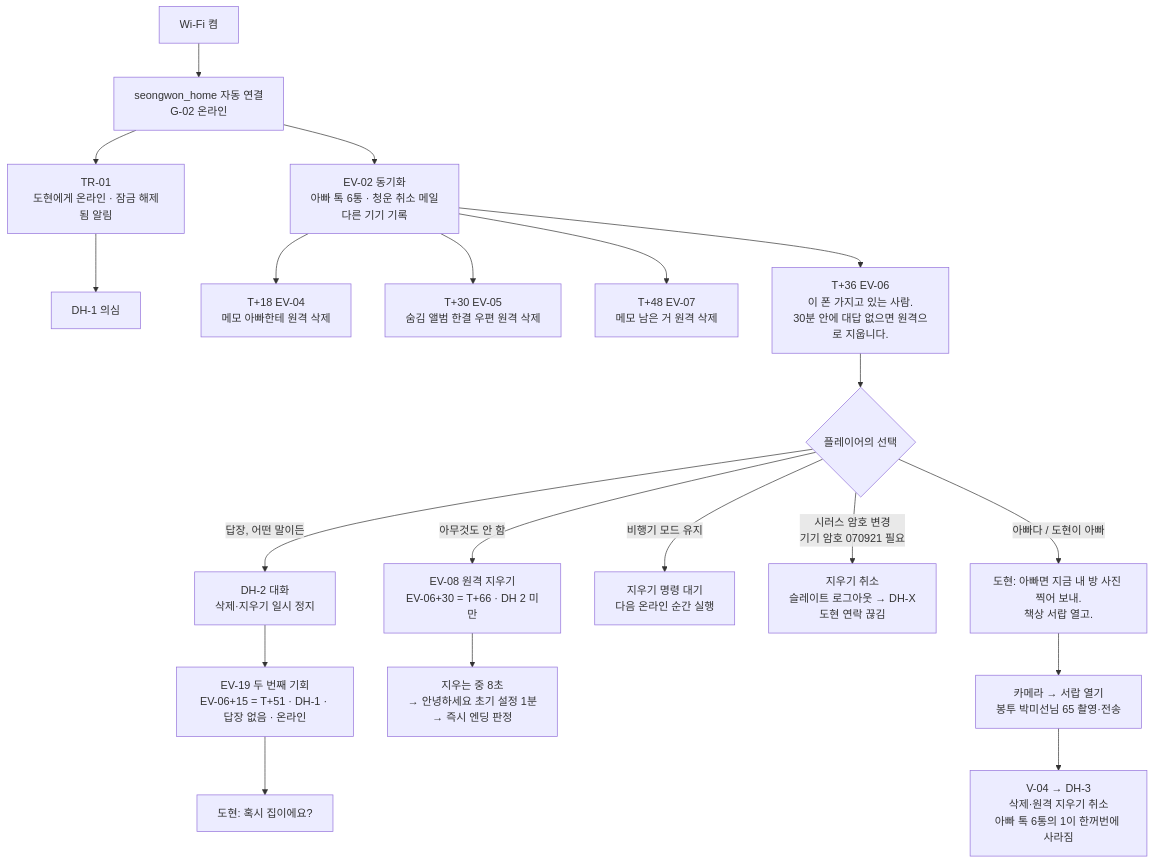
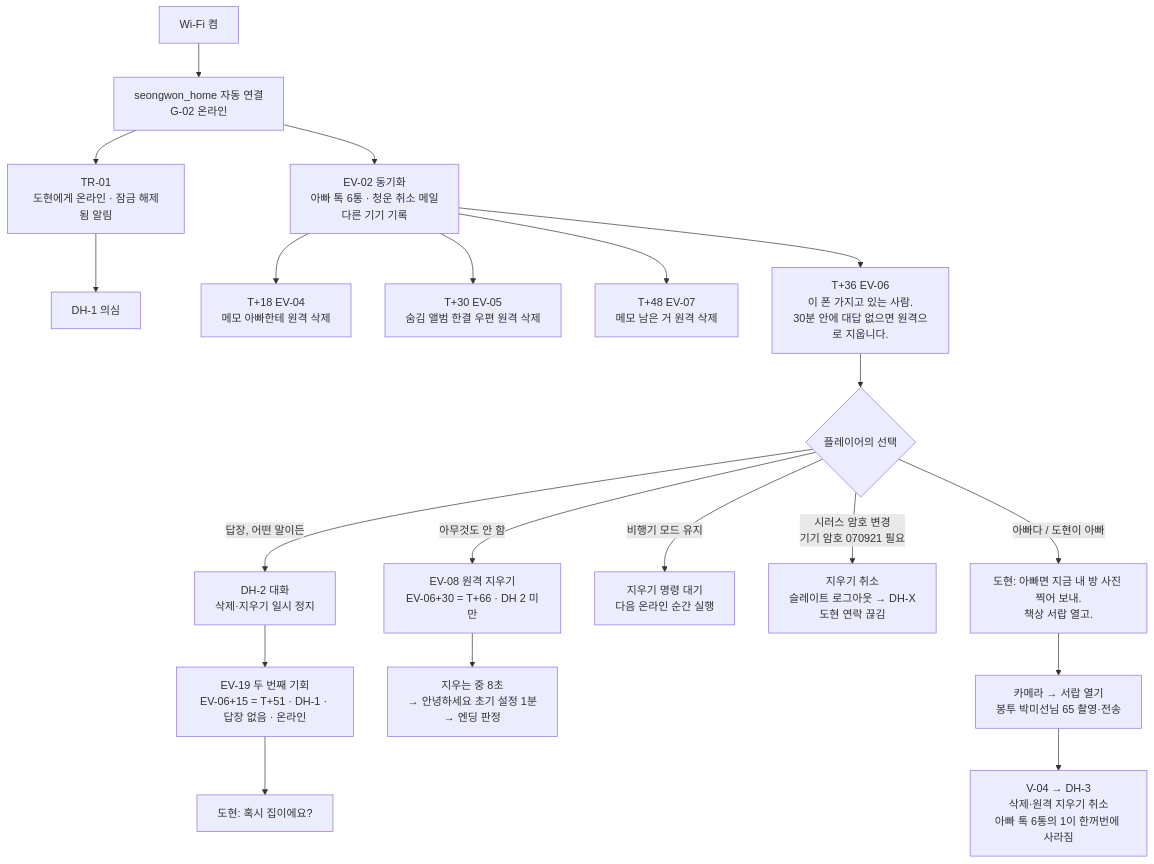
One commit to choiseohyeonhh/DONTKNOW changed the third of 8 diagrams in design/01-product/USER_FLOWS.md. Above: the diagram before and after it, drawn with Mermaid. The commit also changed other lines of this file and 42 other files, not shown here.

````diff
--- a/design/01-product/USER_FLOWS.md
+++ b/design/01-product/USER_FLOWS.md
@@ -48,22 +48,22 @@
 ```mermaid
 flowchart TD
     A[Wi-Fi 켬] --> B[seongwon_home 자동 연결<br/>G-02 온라인]
     B --> C[EV-02 동기화<br/>아빠 톡 6통 · 청운 취소 메일<br/>다른 기기 기록]
     B --> T[TR-01<br/>도현에게 온라인 · 잠금 해제됨 알림]
     T --> D[DH-1 의심]
     C --> E[T+18 EV-04<br/>메모 아빠한테 원격 삭제]
     C --> F[T+30 EV-05<br/>숨김 앨범 한결 우편 원격 삭제]
     C --> F2[T+48 EV-07<br/>메모 남은 거 원격 삭제]
     C --> G[T+36 EV-06<br/>이 폰 가지고 있는 사람.<br/>30분 안에 대답 없으면 원격으로 지웁니다.]
     G --> H{플레이어의 선택}
     H -->|답장, 어떤 말이든| I[DH-2 대화<br/>삭제·지우기 일시 정지]
     H -->|아빠다 / 도현이 아빠| J[도현: 아빠면 지금 내 방 사진 찍어 보내.<br/>책상 서랍 열고.]
     J --> K[카메라 → 서랍 열기<br/>봉투 박미선님 65 촬영·전송]
     K --> L[V-04 → DH-3<br/>삭제·원격 지우기 취소<br/>아빠 톡 6통의 1이 한꺼번에 사라짐]
     H -->|비행기 모드 유지| M[지우기 명령 대기<br/>다음 온라인 순간 실행]
     H -->|시러스 암호 변경<br/>기기 암호 070921 필요| N[지우기 취소<br/>슬레이트 로그아웃 → DH-X<br/>도현 연락 끊김]
     H -->|아무것도 안 함| O[EV-08 원격 지우기<br/>EV-06+30 = T+66 · DH 2 미만]
-    O --> P[지우는 중 8초<br/>→ 안녕하세요 초기 설정 1분<br/>→ 즉시 엔딩 판정]
+    O --> P[지우는 중 8초<br/>→ 안녕하세요 초기 설정 1분<br/>→ 엔딩 판정]
     I --> Q[EV-19 두 번째 기회<br/>EV-06+15 = T+51 · DH-1 · 답장 없음 · 온라인]
     Q --> R[도현: 혹시 집이에요?]
 ```
````
